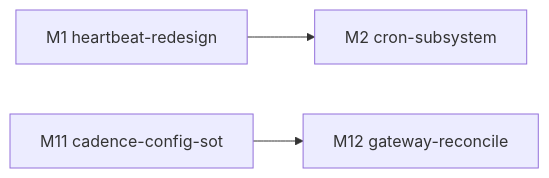
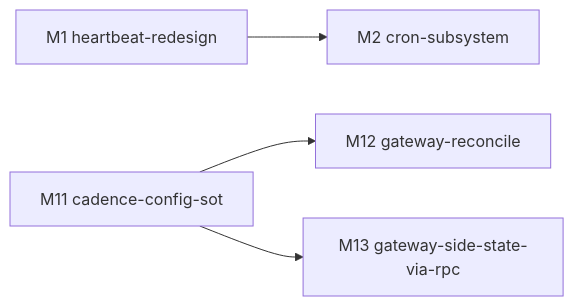
Before and after one commit to Mrchen116/nano-multiagent: the diagram in docs/changes/feat-394-heartbeat-cron-redesign/design.md, drawn with Mermaid. The commit also changed other lines of this file and 3 other files, not shown here.

First line of the commit message:
docs(feat-394): 验收修订续——决策 G(IM 不直读 gateway workspace,改 WS RPC)+ M13,M11 缩范围

````diff
--- a/docs/changes/feat-394-heartbeat-cron-redesign/design.md
+++ b/docs/changes/feat-394-heartbeat-cron-redesign/design.md
@@ -281,5 +294,6 @@
 ```mermaid
 graph LR
   M1[M1 heartbeat-redesign] --> M2[M2 cron-subsystem]
   M11[M11 cadence-config-sot] --> M12[M12 gateway-reconcile]
+  M11 --> M13[M13 gateway-side-state-via-rpc]
 ```
````
